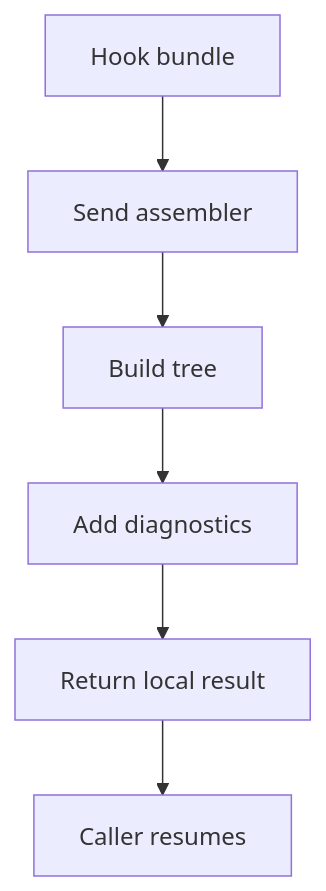
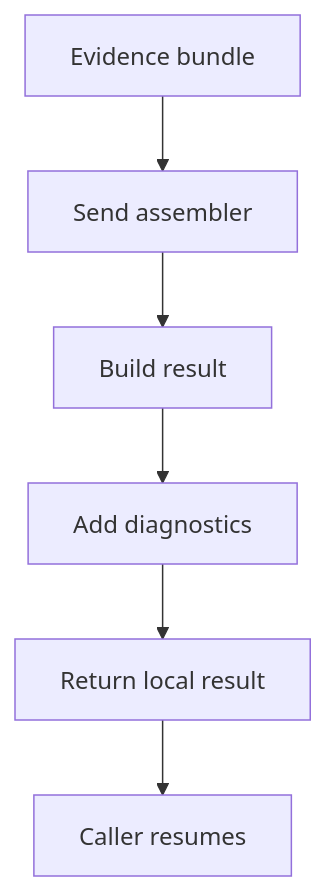
Before and after one commit to JohnAndrewBalbarosa/NeoTerritory: the third of 3 diagrams in docs/Codebase/Microservice/Modules/Source/Analysis/Patterns/Middleman/Middleman/pattern_middleman.cpp.md, drawn with Mermaid. The commit also changed other lines of this file and 182 other files, not shown here.

````diff
--- a/docs/Codebase/Microservice/Modules/Source/Analysis/Patterns/Middleman/Middleman/pattern_middleman.cpp.md
+++ b/docs/Codebase/Microservice/Modules/Source/Analysis/Patterns/Middleman/Middleman/pattern_middleman.cpp.md
@@ -61,14 +67,14 @@
 ```mermaid
 flowchart TD
-    Start["Hook bundle"]
+    Start["Evidence bundle"]
     N0["Send assembler"]
-    N1["Build tree"]
+    N1["Build result"]
     N2["Add diagnostics"]
     N3["Return local result"]
     End["Caller resumes"]
     Start --> N0
     N0 --> N1
     N1 --> N2
     N2 --> N3
     N3 --> End
 ```
````
